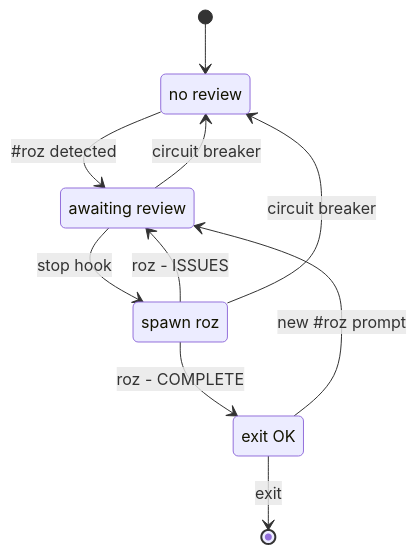
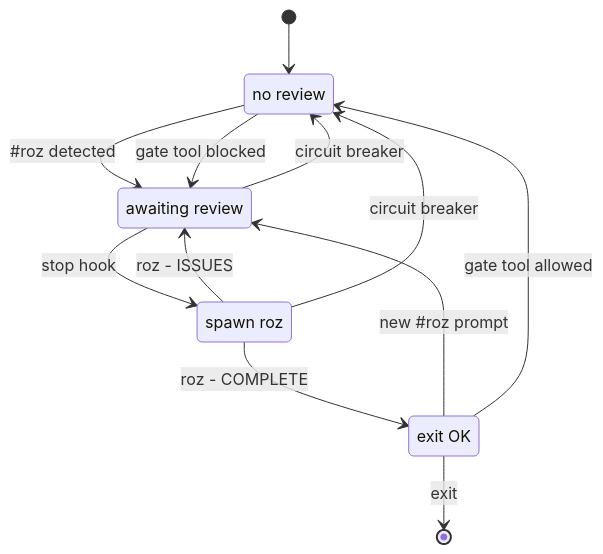
One commit to bivory/roz changed the third of 10 diagrams in design/01-architecture.md. Above: the diagram before and after it, drawn with Mermaid. The commit also changed other lines of this file and 1 other file, not shown here.

Commit message:
Updated the design to allow tool gating

````diff
--- a/design/01-architecture.md
+++ b/design/01-architecture.md
@@ -127,21 +136,23 @@
 ```mermaid
 stateDiagram-v2
     [*] --> Idle
 
     Idle --> Pending : #roz detected
+    Idle --> Pending : gate tool blocked
 
     Pending --> Blocked : stop hook
     Pending --> Idle : circuit breaker
 
     Blocked --> Approved : roz - COMPLETE
     Blocked --> Pending : roz - ISSUES
     Blocked --> Idle : circuit breaker
 
     Approved --> Pending : new #roz prompt
+    Approved --> Idle : gate tool allowed
     Approved --> [*] : exit
 
     Idle : no review
     Pending : awaiting review
     Blocked : spawn roz
     Approved : exit OK
 ```
````
